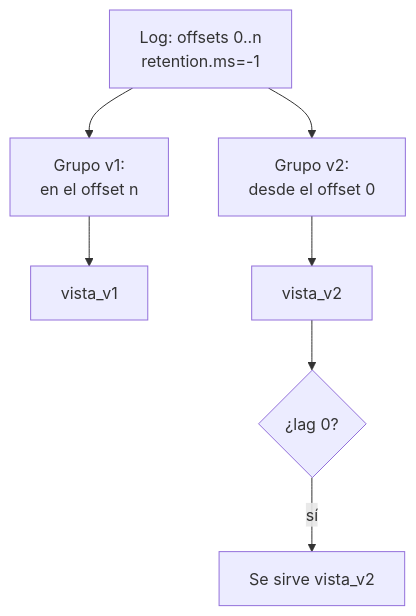
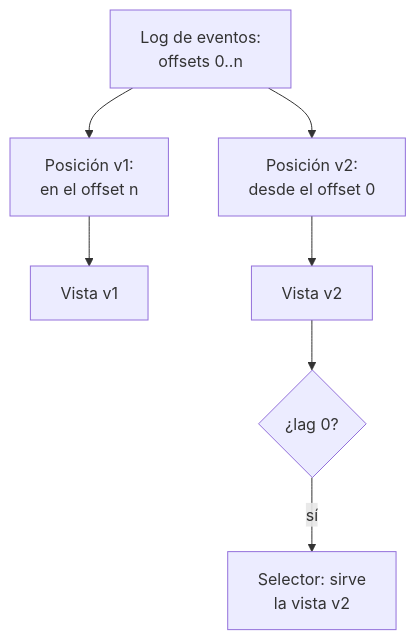
The second of 3 diagrams in content/architectures/kappa-architecture.md (fcp4891/de-knowledge-hub), drawn with Mermaid before and after one commit. The commit also changed other lines of this file and 13 other files, not shown here.

````diff
--- a/content/architectures/kappa-architecture.md
+++ b/content/architectures/kappa-architecture.md
@@ -133,9 +133,9 @@
 ```mermaid
 flowchart TB
-  L["Log: offsets 0..n<br/>retention.ms=-1"] --> A["Grupo v1:<br/>en el offset n"]
-  L --> B["Grupo v2:<br/>desde el offset 0"]
-  A --> X["vista_v1"]
-  B --> Y["vista_v2"]
+  L["Log de eventos:<br/>offsets 0..n"] --> A["Posición v1:<br/>en el offset n"]
+  L --> B["Posición v2:<br/>desde el offset 0"]
+  A --> X["Vista v1"]
+  B --> Y["Vista v2"]
   Y --> Z{"¿lag 0?"}
-  Z -- "sí" --> S["Se sirve vista_v2"]
+  Z -- "sí" --> S["Selector: sirve<br/>la vista v2"]
 ```
````
